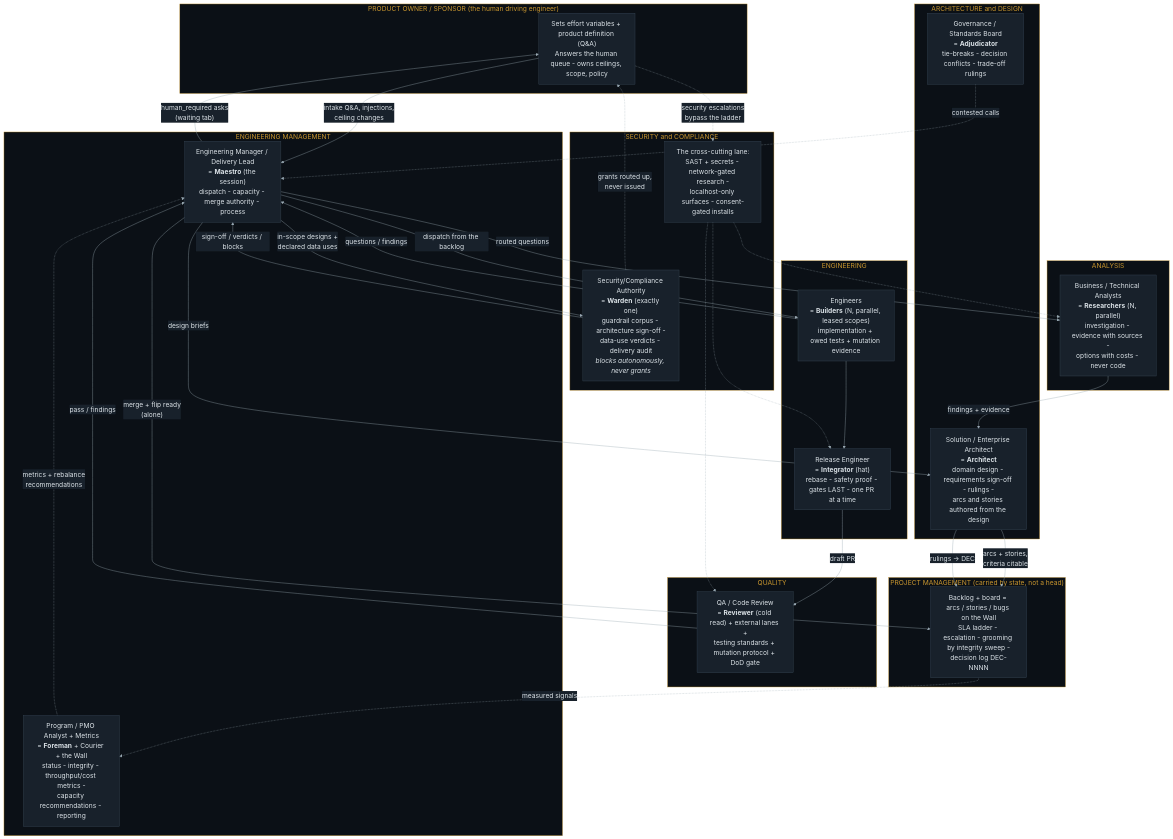
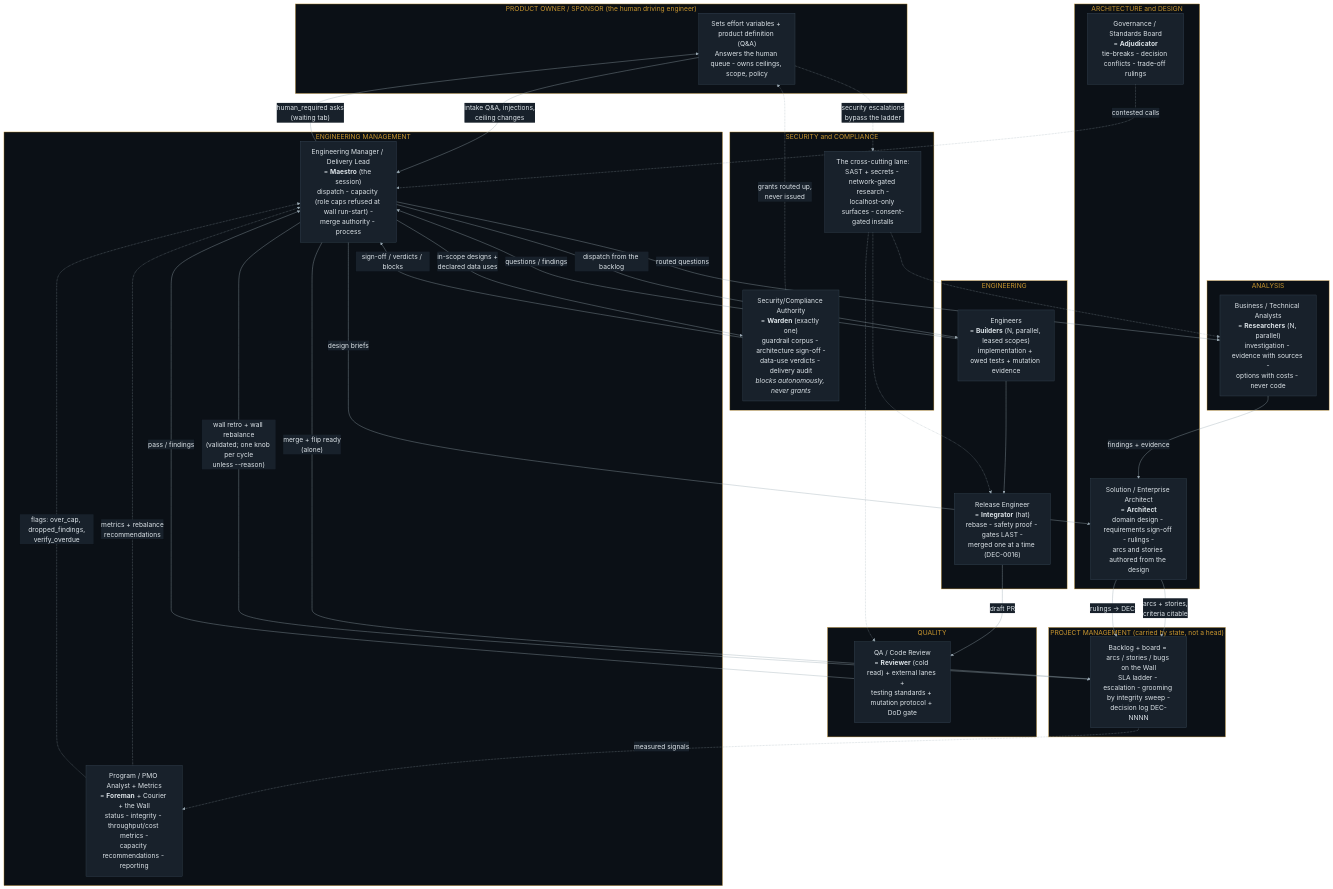
One commit to newellnarco/EngTeam-Wallkit-BluePrint changed the diagram in docs/diagrams/ORG_MAPPING.md. Above: the diagram before and after it, drawn with Mermaid. The commit also changed other lines of this file and 98 other files, not shown here.

````diff
--- a/docs/diagrams/ORG_MAPPING.md
+++ b/docs/diagrams/ORG_MAPPING.md
@@ -18,71 +21,73 @@
 ```mermaid
 %%{init: {"theme":"base","themeVariables":{
   "background":"#10161d","fontFamily":"Segoe UI, Helvetica, Arial, sans-serif","fontSize":"18px",
   "primaryColor":"#18212b","primaryTextColor":"#dce3e8","primaryBorderColor":"#3a4a58",
   "secondaryColor":"#1e2833","tertiaryColor":"#0b1016",
   "lineColor":"#9aa9b3","textColor":"#dce3e8",
   "clusterBkg":"#0b1016","clusterBorder":"#c9962f",
   "edgeLabelBackground":"#18212b","titleColor":"#c9962f",
   "nodeTextColor":"#dce3e8"
 }}}%%
 flowchart TB
     subgraph SPONSOR["PRODUCT OWNER / SPONSOR  (the human driving engineer)"]
         PO["Sets effort variables + product definition (Q&amp;A)<br/>Answers the human queue - owns ceilings, scope, policy"]
     end
 
     subgraph MGMT["ENGINEERING MANAGEMENT"]
-        EM["Engineering Manager / Delivery Lead<br/>= <b>Maestro</b> (the session)<br/>dispatch - capacity - merge authority - process"]
+        EM["Engineering Manager / Delivery Lead<br/>= <b>Maestro</b> (the session)<br/>dispatch - capacity (role caps refused at wall run-start) -<br/>merge authority - process"]
         PMO["Program / PMO Analyst + Metrics<br/>= <b>Foreman</b> + Courier + the Wall<br/>status - integrity - throughput/cost metrics -<br/>capacity recommendations - reporting"]
     end
 
     subgraph DESIGN["ARCHITECTURE and DESIGN"]
         SA["Solution / Enterprise Architect<br/>= <b>Architect</b><br/>domain design - requirements sign-off - rulings -<br/>arcs and stories authored from the design"]
         GOV["Governance / Standards Board<br/>= <b>Adjudicator</b><br/>tie-breaks - decision conflicts - trade-off rulings"]
     end
 
     subgraph ANALYSIS["ANALYSIS"]
         BA["Business / Technical Analysts<br/>= <b>Researchers</b> (N, parallel)<br/>investigation - evidence with sources -<br/>options with costs - never code"]
     end
 
     subgraph ENG["ENGINEERING"]
         DEV["Engineers<br/>= <b>Builders</b> (N, parallel, leased scopes)<br/>implementation + owed tests + mutation evidence"]
-        REL["Release Engineer<br/>= <b>Integrator</b> (hat)<br/>rebase - safety proof - gates LAST - one PR at a time"]
+        REL["Release Engineer<br/>= <b>Integrator</b> (hat)<br/>rebase - safety proof - gates LAST -<br/>merged one at a time (DEC-0016)"]
     end
 
     subgraph QUALITY["QUALITY"]
         QA["QA / Code Review<br/>= <b>Reviewer</b> (cold read) + external lanes +<br/>testing standards + mutation protocol + DoD gate"]
     end
 
     subgraph SEC["SECURITY and COMPLIANCE"]
         WARD["Security/Compliance Authority<br/>= <b>Warden</b> (exactly one)<br/>guardrail corpus - architecture sign-off -<br/>data-use verdicts - delivery audit<br/><i>blocks autonomously, never grants</i>"]
         SECN["The cross-cutting lane:<br/>SAST + secrets - network-gated research -<br/>localhost-only surfaces - consent-gated installs"]
     end
 
     subgraph PM["PROJECT MANAGEMENT  (carried by state, not a head)"]
         BOARD["Backlog + board = arcs / stories / bugs on the Wall<br/>SLA ladder - escalation - grooming by integrity sweep -<br/>decision log DEC-NNNN"]
     end
 
     PO -->|"intake Q&amp;A, injections,<br/>ceiling changes"| EM
     EM -->|"human_required asks<br/>(waiting tab)"| PO
     EM -->|"design briefs"| SA
     SA -->|"arcs + stories,<br/>criteria citable"| BOARD
     EM -->|"dispatch from the backlog"| DEV
     DEV -->|"questions / findings"| EM
     EM -->|"routed questions"| BA
     BA -->|"findings + evidence"| SA
     SA -->|"rulings -> DEC"| BOARD
     GOV -.->|"contested calls"| EM
     EM -->|"in-scope designs +<br/>declared data uses"| WARD
     WARD -->|"sign-off / verdicts / blocks"| EM
     WARD -.->|"grants routed up,<br/>never issued"| PO
     DEV --> REL
     REL -->|"draft PR"| QA
     QA -->|"pass / findings"| EM
     EM -->|"merge + flip ready<br/>(alone)"| BOARD
     PMO -.->|"metrics + rebalance<br/>recommendations"| EM
+    EM -->|"wall retro + wall rebalance<br/>(validated; one knob per cycle<br/>unless --reason)"| BOARD
+    PMO -.->|"flags: over_cap, dropped_findings,<br/>verify_overdue"| EM
     BOARD -.->|"measured signals"| PMO
     SECN -.-> QA
     SECN -.-> BA
     SECN -.-> REL
     PO -.->|"security escalations<br/>bypass the ladder"| SECN
 ```
````
